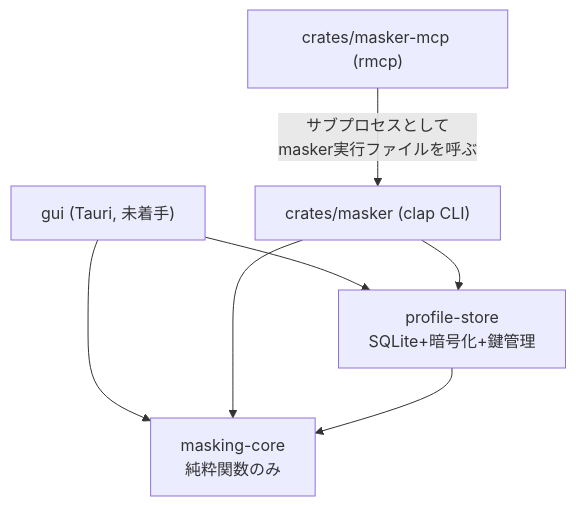
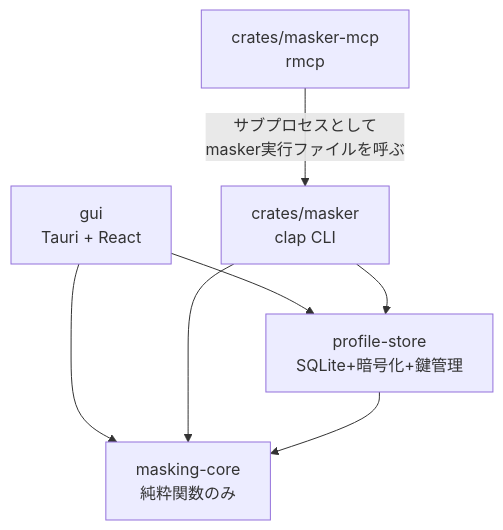
The diagram in CLAUDE.md (akutori/SensitiveMasker), drawn with Mermaid before and after one commit. The commit also changed other lines of this file and 2 other files, not shown here.

````diff
--- a/CLAUDE.md
+++ b/CLAUDE.md
@@ -25,9 +30,9 @@
 ```mermaid
 flowchart TD
-    G["gui (Tauri, 未着手)"] --> CORE["masking-core<br>純粋関数のみ"]
-    C["crates/masker (clap CLI)"] --> CORE
-    M["crates/masker-mcp (rmcp)"] -->|サブプロセスとして<br>masker実行ファイルを呼ぶ| C
+    G["gui<br>Tauri + React"] --> CORE["masking-core<br>純粋関数のみ"]
+    C["crates/masker<br>clap CLI"] --> CORE
+    M["crates/masker-mcp<br>rmcp"] -->|サブプロセスとして<br>masker実行ファイルを呼ぶ| C
     G --> PS["profile-store<br>SQLite+暗号化+鍵管理"]
     C --> PS
     PS --> CORE
 ```
````
